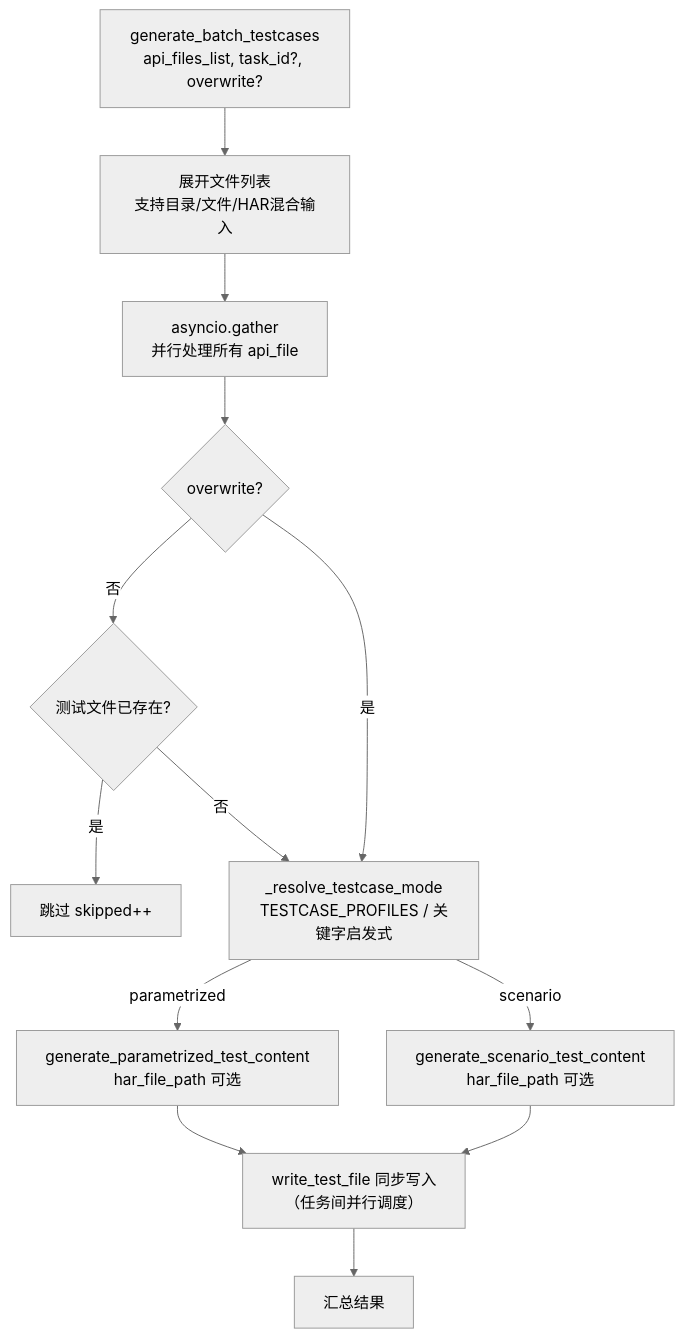
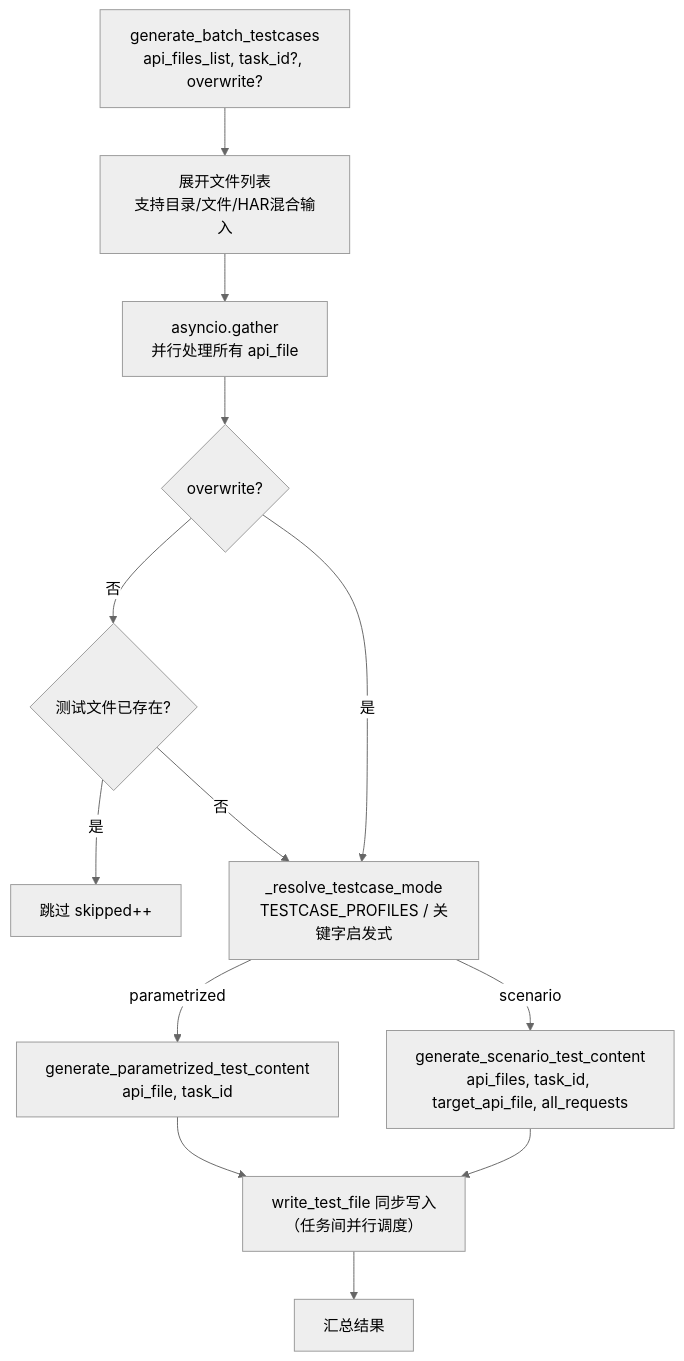
One commit to hewei198711/har2pytest changed the third of 3 diagrams in docs/testcase_generation_modes.md. Above: the diagram before and after it, drawn with Mermaid (neutral theme). The commit also changed other lines of this file and 47 other files, not shown here.

Commit message:
测试用例生成器模块化重构：拆分为 param_builder/parametrized_codegen/scenario_codegen/time_pair/utils 五个协作模块 HAR 元数据体系完善：har_params 源头补齐、har_time_pairs 时间对元数据 时间参数动态计算：无 Swagger 场景 datetime 动态计算，方法体时间参数置 "" --overwrite 语义简化：整文件覆盖，不再复用旧 constant_params test_0 应用 constant_params：探测请求与参数化方法体取同一基准

````diff
--- a/docs/testcase_generation_modes.md
+++ b/docs/testcase_generation_modes.md
@@ -358,15 +312,15 @@
 ```mermaid
 flowchart TD
     A["generate_batch_testcases<br/>api_files_list, task_id?, overwrite?"] --> B["展开文件列表<br/>支持目录/文件/HAR混合输入"]
     B --> C["asyncio.gather<br/>并行处理所有 api_file"]
     C --> D{overwrite?}
     D -->|否| E{测试文件已存在?}
     E -->|是| F["跳过 skipped++"]
     D -->|是| G["_resolve_testcase_mode<br/>TESTCASE_PROFILES / 关键字启发式"]
     E -->|否| G
-    G -->|parametrized| H["generate_parametrized_test_content<br/>har_file_path 可选"]
-    G -->|scenario| I["generate_scenario_test_content<br/>har_file_path 可选"]
+    G -->|parametrized| H["generate_parametrized_test_content<br/>api_file, task_id"]
+    G -->|scenario| I["generate_scenario_test_content<br/>api_files, task_id, target_api_file, all_requests"]
     H --> J["write_test_file 同步写入<br/>（任务间并行调度）"]
     I --> J
     J --> K["汇总结果"]
 ```
````
